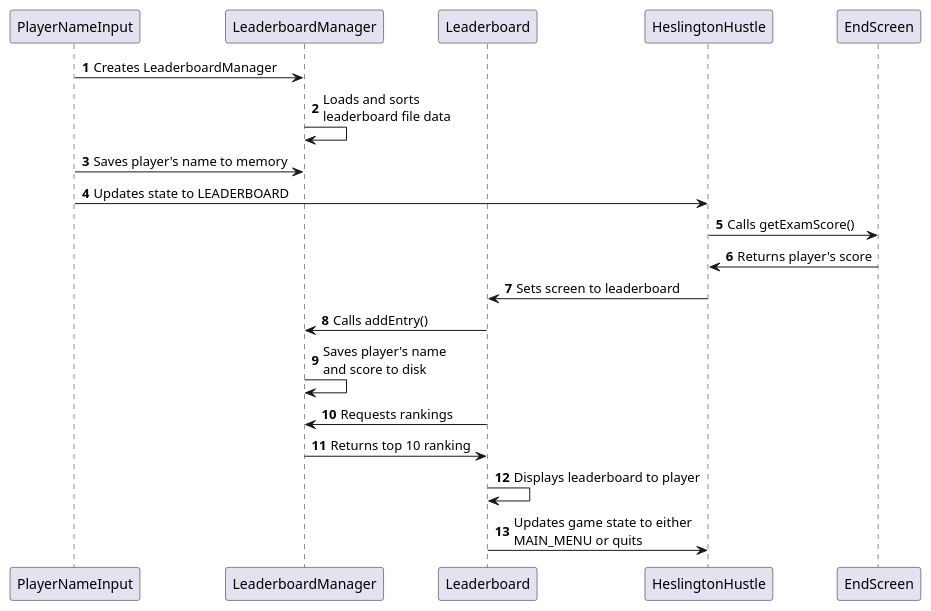
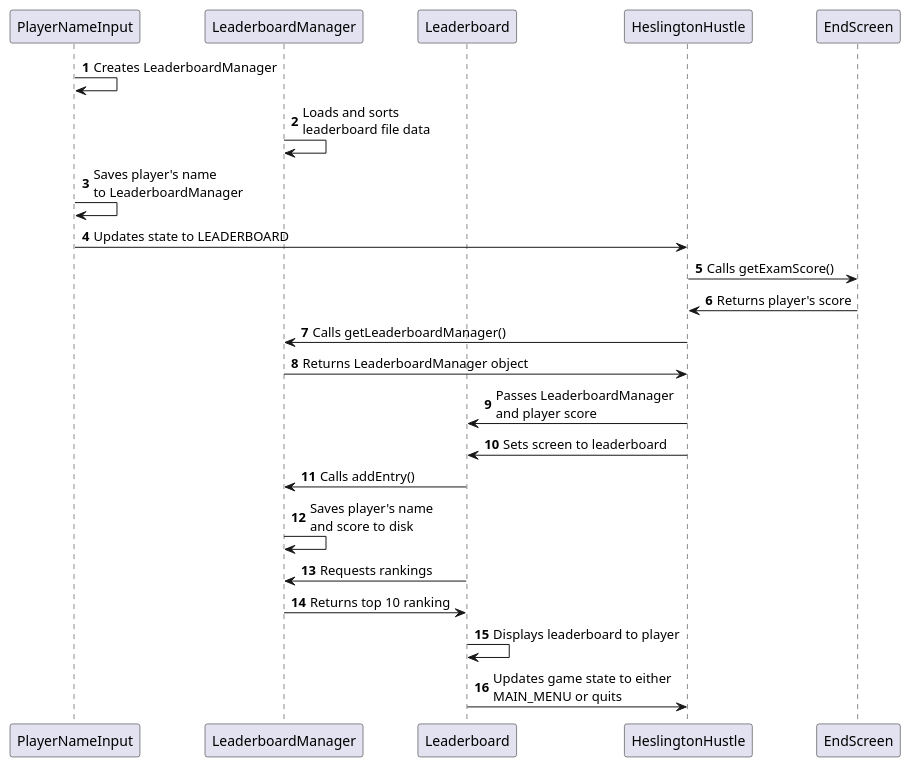
Before and after one commit to uoy-eng1-g6/assessment1: the diagram in uml/LeaderboardSequence.puml, drawn with PlantUML. The commit also changed 1 other file, not shown here.

Commit message:
Slight amendments to sequence diagrams

```diff
--- a/uml/LeaderboardSequence.puml
+++ b/uml/LeaderboardSequence.puml
@@ -1,23 +1,26 @@
 @startuml
 'https://plantuml.com/sequence-diagram
 
 autonumber
 participant PlayerNameInput
 participant LeaderboardManager
 participant Leaderboard
 participant HeslingtonHustle
 participant EndScreen
-PlayerNameInput -> LeaderboardManager: Creates LeaderboardManager
+PlayerNameInput -> PlayerNameInput: Creates LeaderboardManager
 LeaderboardManager -> LeaderboardManager: Loads and sorts\nleaderboard file data
-PlayerNameInput -> LeaderboardManager: Saves player's name to memory
+PlayerNameInput -> PlayerNameInput: Saves player's name\nto LeaderboardManager
 PlayerNameInput -> HeslingtonHustle: Updates state to LEADERBOARD
 EndScreen <- HeslingtonHustle: Calls getExamScore()
 EndScreen -> HeslingtonHustle: Returns player's score
+HeslingtonHustle -> LeaderboardManager: Calls getLeaderboardManager()
+LeaderboardManager -> HeslingtonHustle: Returns LeaderboardManager object
+HeslingtonHustle -> Leaderboard: Passes LeaderboardManager\nand player score
 HeslingtonHustle -> Leaderboard: Sets screen to leaderboard
 Leaderboard -> LeaderboardManager: Calls addEntry()
 LeaderboardManager -> LeaderboardManager: Saves player's name\nand score to disk
 Leaderboard -> LeaderboardManager: Requests rankings
 LeaderboardManager -> Leaderboard: Returns top 10 ranking
 Leaderboard -> Leaderboard: Displays leaderboard to player
 Leaderboard -> HeslingtonHustle: Updates game state to either\nMAIN_MENU or quits
 @enduml
```
